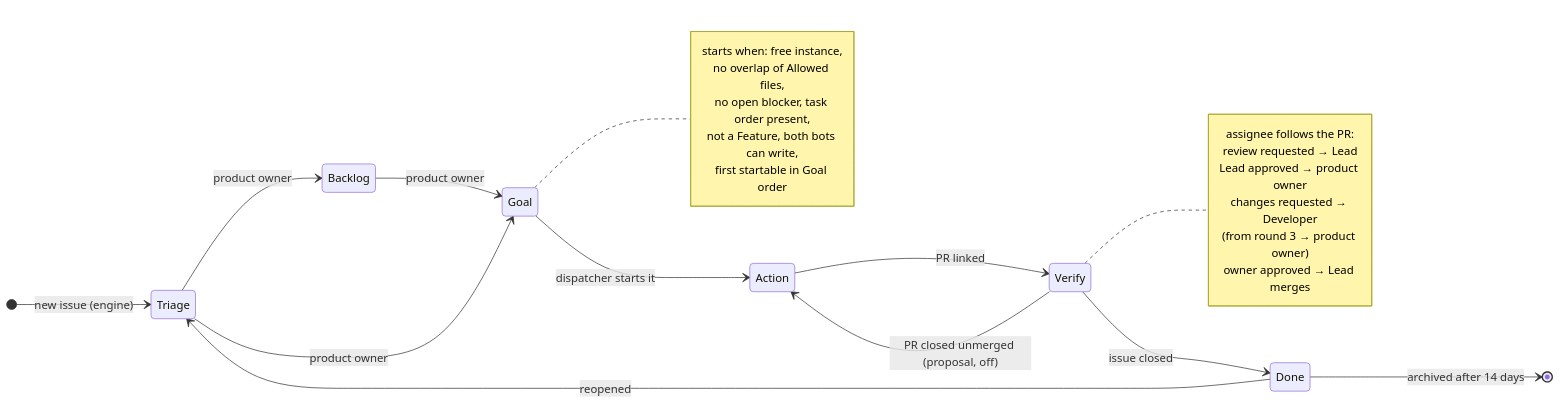
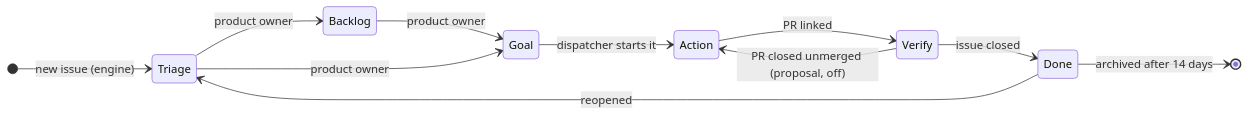
One commit to StefanOOEOrg/.github changed the second of 2 diagrams in PROCESS.md. Above: the diagram before and after it, drawn with Mermaid. The commit also changed other lines of this file and 1 other file, not shown here.

Commit message:
docs: state machine conditions as a list under the diagram (notes rendered unreadably narrow)

````diff
--- a/PROCESS.md
+++ b/PROCESS.md
@@ -106,29 +106,14 @@
 ```mermaid
 stateDiagram-v2
   direction LR
   [*] --> Triage: new issue (engine)
   Triage --> Backlog: product owner
   Backlog --> Goal: product owner
   Triage --> Goal: product owner
   Goal --> Action: dispatcher starts it
   Action --> Verify: PR linked
   Verify --> Done: issue closed
   Verify --> Action: PR closed unmerged (proposal, off)
   Done --> Triage: reopened
   Done --> [*]: archived after 14 days
-  note right of Goal
-    starts when: free instance,
-    no overlap of Allowed files,
-    no open blocker, task order present,
-    not a Feature, both bots can write,
-    first startable in Goal order
-  end note
-  note right of Verify
-    assignee follows the PR:
-    review requested → Lead
-    Lead approved → product owner
-    changes requested → Developer
-    (from round 3 → product owner)
-    owner approved → Lead merges
-  end note
 ```
````
